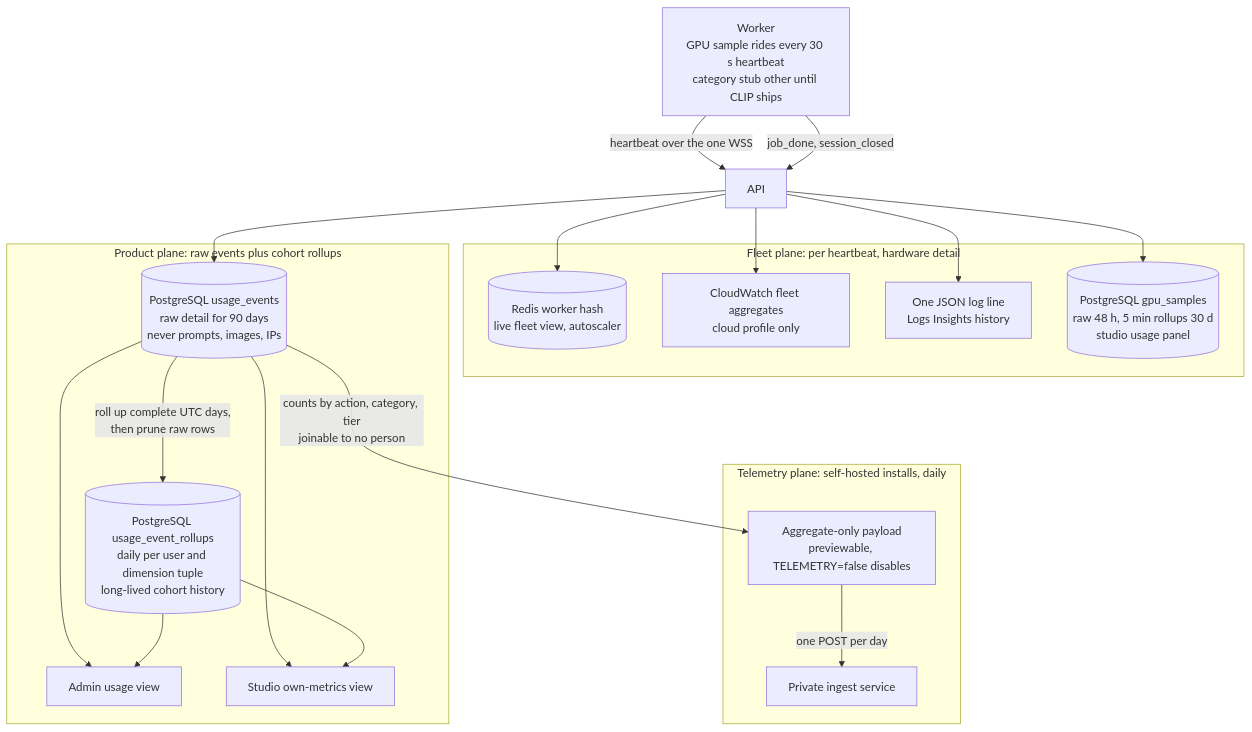
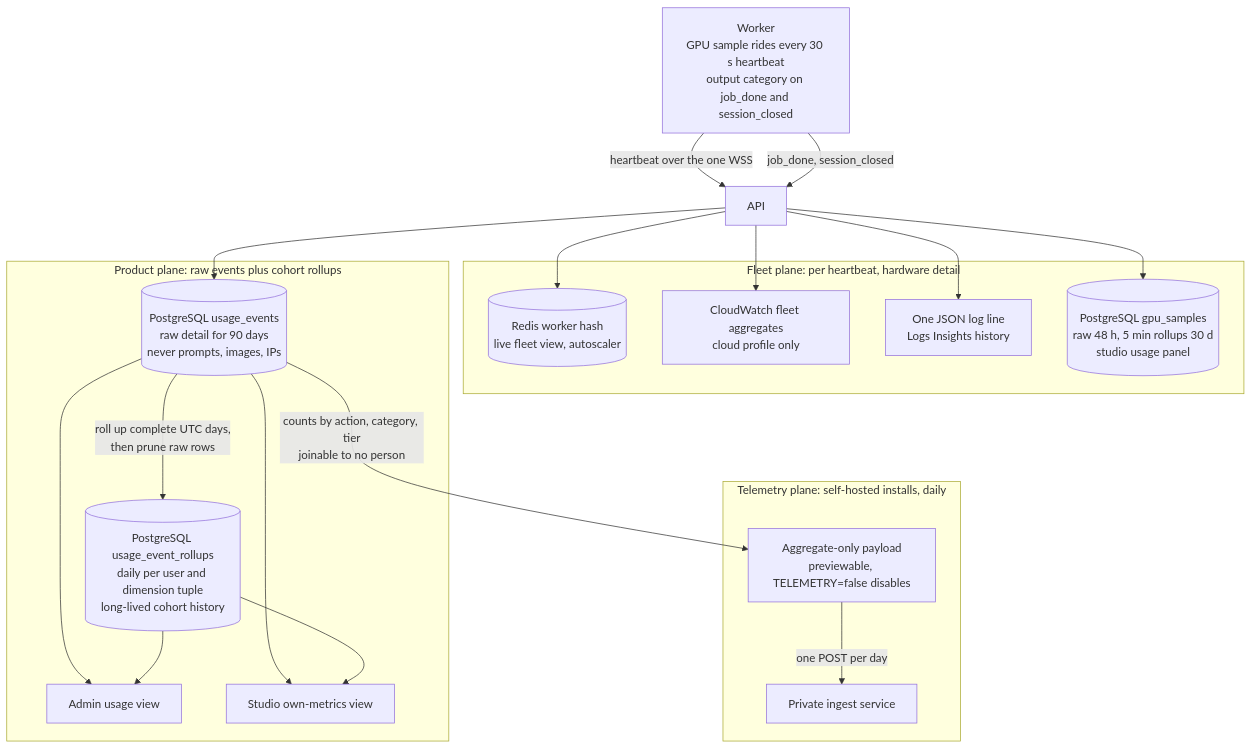
Before and after one commit to Portocolom-Studio/potocolom: the diagram in docs/metrics.md, drawn with Mermaid. The commit also changed other lines of this file and 9 other files, not shown here.

````diff
--- a/docs/metrics.md
+++ b/docs/metrics.md
@@ -24,35 +24,35 @@
 ```mermaid
 flowchart TB
-    W["Worker<br>GPU sample rides every 30 s heartbeat<br>category stub other until CLIP ships"]
+    W["Worker<br>GPU sample rides every 30 s heartbeat<br>output category on job_done and session_closed"]
     A["API"]
     subgraph FLEET["Fleet plane: per heartbeat, hardware detail"]
         RH[("Redis worker hash<br>live fleet view, autoscaler")]
         CW["CloudWatch fleet aggregates<br>cloud profile only"]
         LOG["One JSON log line<br>Logs Insights history"]
         GS[("PostgreSQL gpu_samples<br>raw 48 h, 5 min rollups 30 d<br>studio usage panel")]
     end
     subgraph USAGE["Product plane: raw events plus cohort rollups"]
         UE[("PostgreSQL usage_events<br>raw detail for 90 days<br>never prompts, images, IPs")]
         UR[("PostgreSQL usage_event_rollups<br>daily per user and dimension tuple<br>long-lived cohort history")]
         ADMIN["Admin usage view"]
         OWN["Studio own-metrics view"]
     end
     subgraph TELE["Telemetry plane: self-hosted installs, daily"]
         AGG["Aggregate-only payload<br>previewable, TELEMETRY=false disables"]
         ING["Private ingest service"]
     end
     W -->|"heartbeat over the one WSS"| A
     W -->|"job_done, session_closed"| A
     A --> RH
     A --> CW
     A --> LOG
     A --> GS
     A --> UE
     UE -->|"roll up complete UTC days,<br>then prune raw rows"| UR
     UE --> ADMIN
     UR --> ADMIN
     UE --> OWN
     UR --> OWN
     UE -->|"counts by action, category, tier<br>joinable to no person"| AGG
     AGG -->|"one POST per day"| ING
 ```
````
